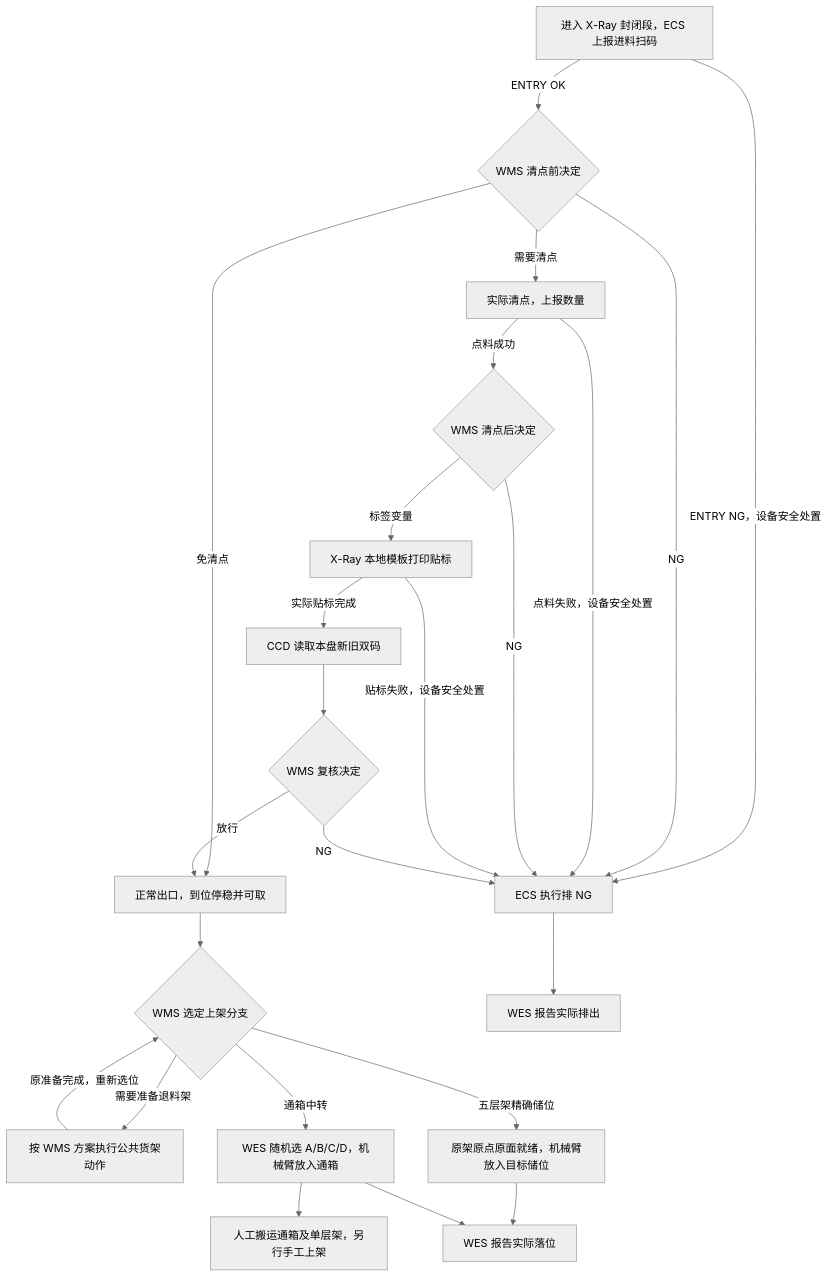
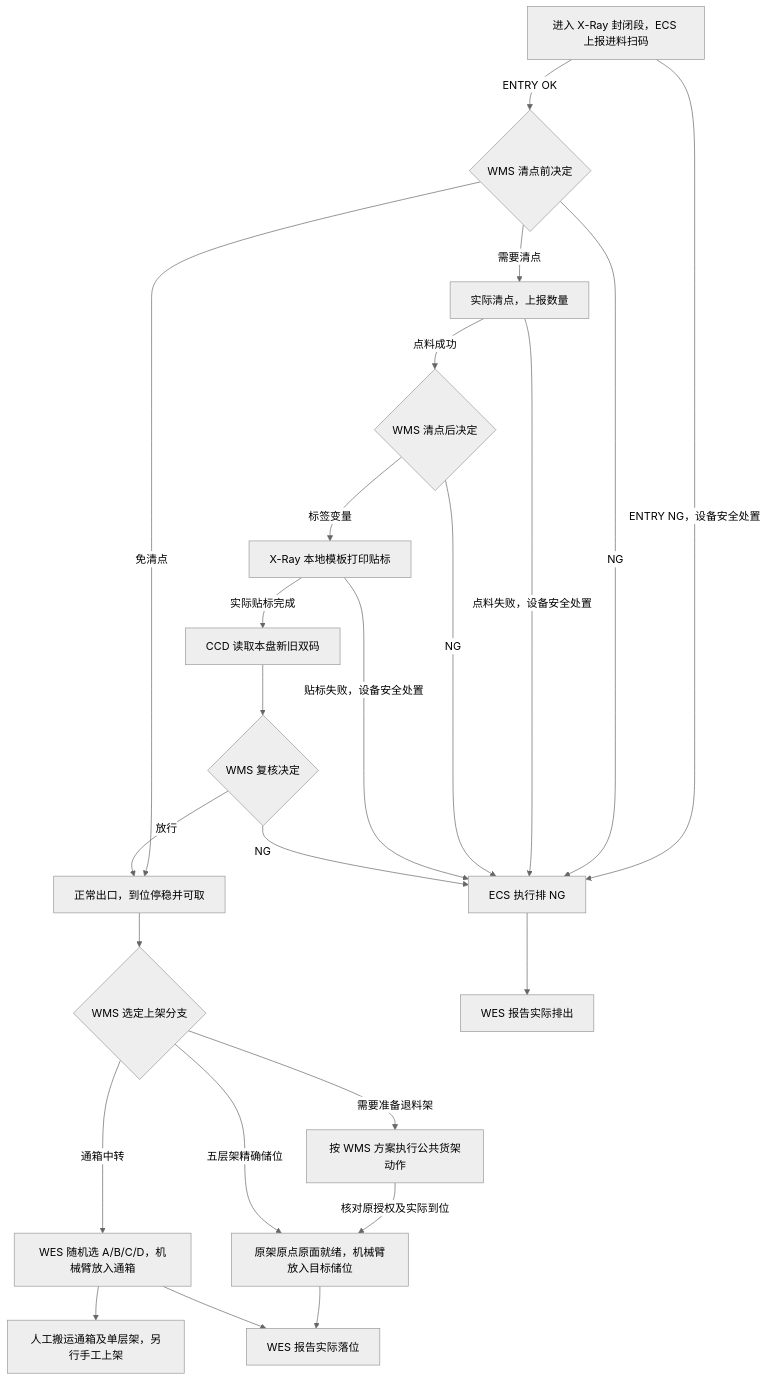
The first of 2 diagrams in docs/integrations/xray-api.md (kaizhoumasha/maintenance-admin), drawn with Mermaid (neutral theme) before and after one commit. The commit also changed other lines of this file and 5 other files, not shown here.

````diff
--- a/docs/integrations/xray-api.md
+++ b/docs/integrations/xray-api.md
@@ -55,26 +54,26 @@
 ```mermaid
 flowchart TD
     I["进入 X-Ray 封闭段，ECS 上报进料扫码"] -->|ENTRY OK| D{"WMS 清点前决定"}
     I -->|ENTRY NG，设备安全处置| N["ECS 执行排 NG"]
     D -->|需要清点| C["实际清点，上报数量"]
     D -->|免清点| O["正常出口，到位停稳并可取"]
     D -->|NG| N
     C -->|点料成功| L{"WMS 清点后决定"}
     C -->|点料失败，设备安全处置| N
     L -->|标签变量| P["X-Ray 本地模板打印贴标"]
     L -->|NG| N
     P -->|实际贴标完成| V["CCD 读取本盘新旧双码"]
     P -->|贴标失败，设备安全处置| N
     V --> F{"WMS 复核决定"}
     F -->|放行| O
     F -->|NG| N
     O --> T{"WMS 选定上架分支"}
     T -->|需要准备退料架| A["按 WMS 方案执行公共货架动作"]
-    A -->|原准备完成，重新选位| T
+    A -->|核对原授权及实际到位| R
     T -->|五层架精确储位| R["原架原点原面就绪，机械臂放入目标储位"]
     T -->|通箱中转| B["WES 随机选 A/B/C/D，机械臂放入通箱"]
     B --> H["人工搬运通箱及单层架，另行手工上架"]
     R --> W["WES 报告实际落位"]
     B --> W
     N --> G["WES 报告实际排出"]
 ```
````
